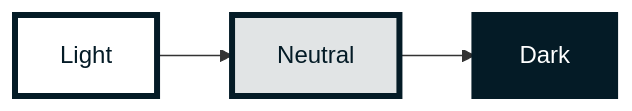
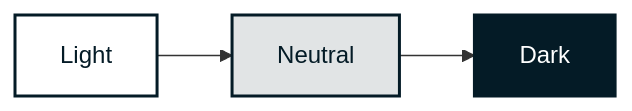
The diagram in README.md (block-foundation/brand), drawn with Mermaid before and after one commit. The commit also changed other lines of this file, not shown here.

````diff
--- a/README.md
+++ b/README.md
@@ -178,7 +178,7 @@
 ``` mermaid
 flowchart LR
     Light:::class_light --> Neutral:::class_neutral --> Dark:::class_dark
-    classDef class_light fill:#FFFFFF,color:#041B26,stroke:#041B26,stroke-width:4px;
-    classDef class_neutral fill:#E1E4E5,color:#041B26,stroke:#041B26,stroke-width:4px;
-    classDef class_dark fill:#041B26,color:#FFFFFF,stroke:#041B26,stroke-width:4px;
+    classDef class_light fill:#FFFFFF,color:#041B26,stroke:#041B26,stroke-width:2px;
+    classDef class_neutral fill:#E1E4E5,color:#041B26,stroke:#041B26,stroke-width:2px;
+    classDef class_dark fill:#041B26,color:#FFFFFF,stroke:#041B26,stroke-width:2px;
 ```
````
